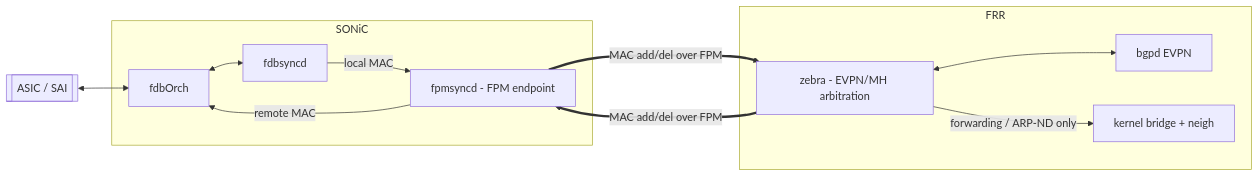
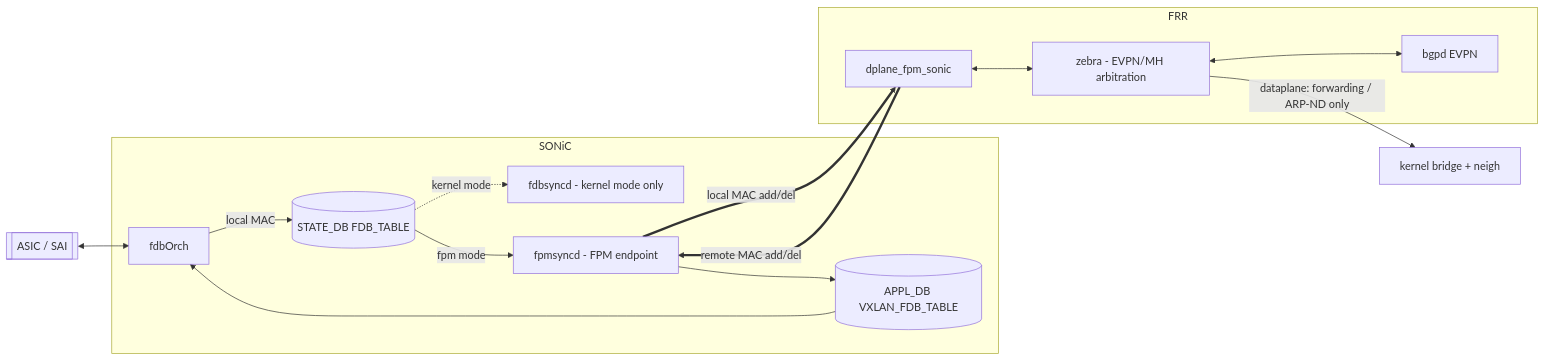
Before and after one commit to sonic-net/SONiC: the second of 2 diagrams in doc/mac/mac-over-fpm.md, drawn with Mermaid. The commit also changed other lines of this file, not shown here.

First line of the commit message:
[doc] MAC over FPM HLD: align with the architecture of the implementation

````diff
--- a/doc/mac/mac-over-fpm.md
+++ b/doc/mac/mac-over-fpm.md
@@ -174,23 +185,29 @@
 ```mermaid
 flowchart LR
     ASIC[[ASIC / SAI]]
     subgraph SONiC
       FO[fdbOrch]
-      FS[fdbsyncd]
+      FS[fdbsyncd - kernel mode only]
+      SDB[(STATE_DB FDB_TABLE)]
+      ADB[(APPL_DB VXLAN_FDB_TABLE)]
       FPMS[fpmsyncd - FPM endpoint]
     end
     subgraph FRR
       Z[zebra - EVPN/MH arbitration]
+      P[dplane_fpm_sonic]
       BGP[bgpd EVPN]
-      K[kernel bridge + neigh]
     end
+    K[kernel bridge + neigh]
 
     ASIC <--> FO
-    FO <--> FS
-    FS -- local MAC --> FPMS
-    FPMS == MAC add/del over FPM ==> Z
-    Z == MAC add/del over FPM ==> FPMS
+    FO -- local MAC --> SDB
+    SDB -. kernel mode .-> FS
+    SDB -- fpm mode --> FPMS
+    FPMS == local MAC add/del ==> P
+    P == remote MAC add/del ==> FPMS
+    P <--> Z
+    FPMS --> ADB
+    ADB --> FO
     Z <--> BGP
-    Z -- forwarding / ARP-ND only --> K
-    FPMS -- remote MAC --> FO
+    Z -- dataplane: forwarding / ARP-ND only --> K
 ```
````
